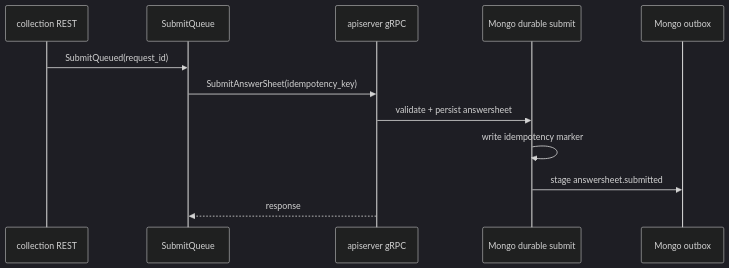
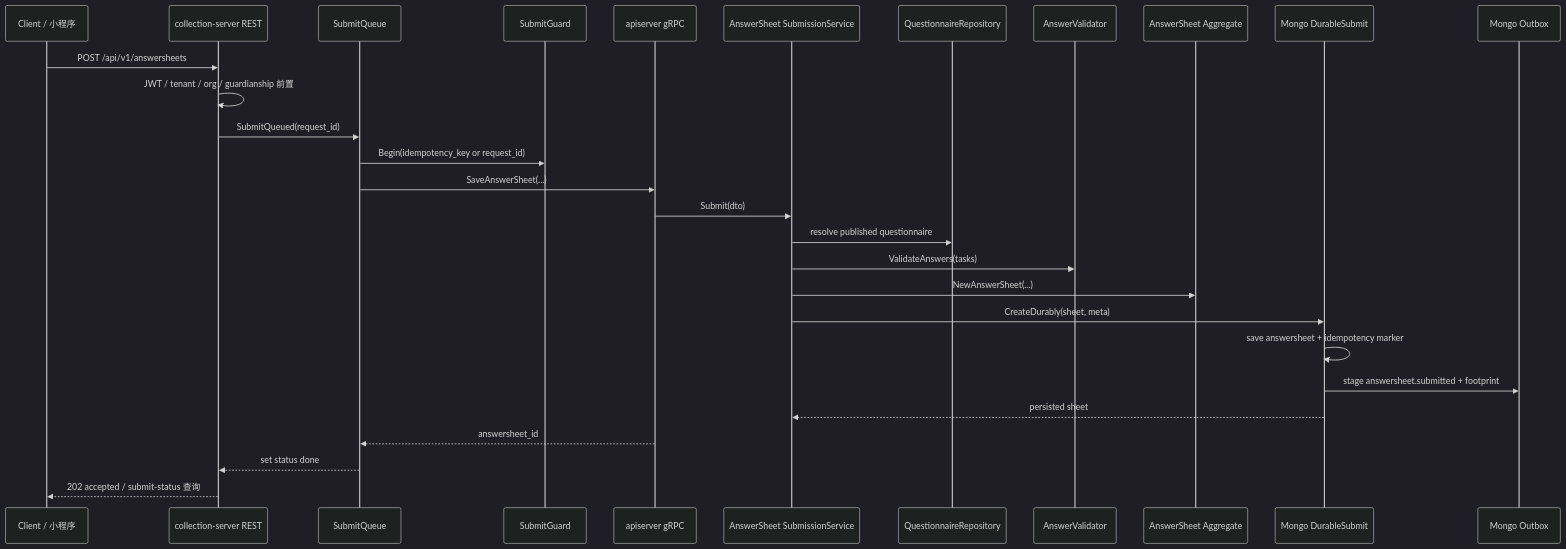
One commit to FangcunMount/qs-server changed the first of 2 diagrams in docs/02-业务模块/survey/02-AnswerSheet提交与校验.md. Above: the diagram before and after it, drawn with Mermaid (dark theme). The commit also changed other lines of this file and 7 other files, not shown here.

````diff
--- a/docs/02-业务模块/survey/02-AnswerSheet提交与校验.md
+++ b/docs/02-业务模块/survey/02-AnswerSheet提交与校验.md
@@ -14,15 +41,31 @@
 ```mermaid
 sequenceDiagram
-    participant C as collection REST
-    participant Q as SubmitQueue
-    participant A as apiserver gRPC
-    participant M as Mongo durable submit
-    participant O as Mongo outbox
+    participant Client as Client / 小程序
+    participant Col as collection-server REST
+    participant Queue as SubmitQueue
+    participant Guard as SubmitGuard
+    participant GRPC as apiserver gRPC
+    participant App as AnswerSheet SubmissionService
+    participant QRepo as QuestionnaireRepository
+    participant Validator as AnswerValidator
+    participant Domain as AnswerSheet Aggregate
+    participant Store as Mongo DurableSubmit
+    participant Outbox as Mongo Outbox
 
-    C->>Q: SubmitQueued(request_id)
-    Q->>A: SubmitAnswerSheet(idempotency_key)
-    A->>M: validate + persist answersheet
-    M->>M: write idempotency marker
-    M->>O: stage answersheet.submitted
-    A-->>Q: response
+    Client->>Col: POST /api/v1/answersheets
+    Col->>Col: JWT / tenant / org / guardianship 前置
+    Col->>Queue: SubmitQueued(request_id)
+    Queue->>Guard: Begin(idempotency_key or request_id)
+    Queue->>GRPC: SaveAnswerSheet(...)
+    GRPC->>App: Submit(dto)
+    App->>QRepo: resolve published questionnaire
+    App->>Validator: ValidateAnswers(tasks)
+    App->>Domain: NewAnswerSheet(...)
+    App->>Store: CreateDurably(sheet, meta)
+    Store->>Store: save answersheet + idempotency marker
+    Store->>Outbox: stage answersheet.submitted + footprint
+    Store-->>App: persisted sheet
+    GRPC-->>Queue: answersheet_id
+    Queue-->>Col: set status done
+    Col-->>Client: 202 accepted / submit-status 查询
 ```
````
